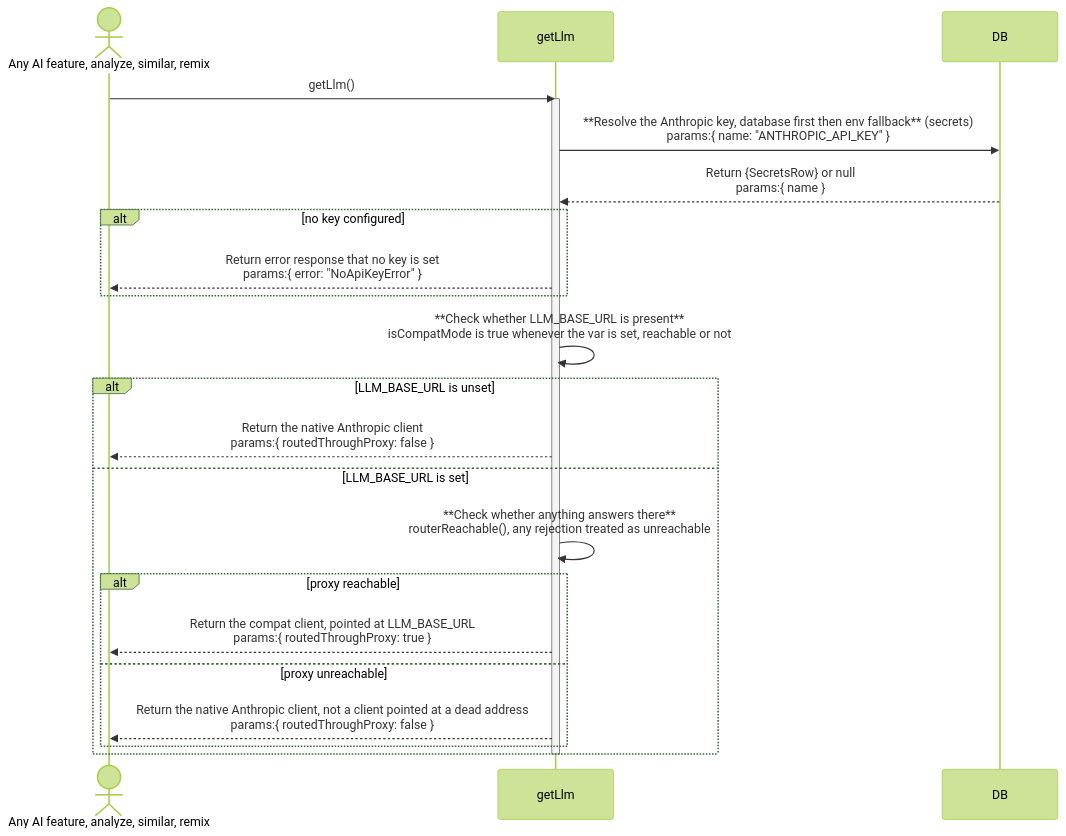
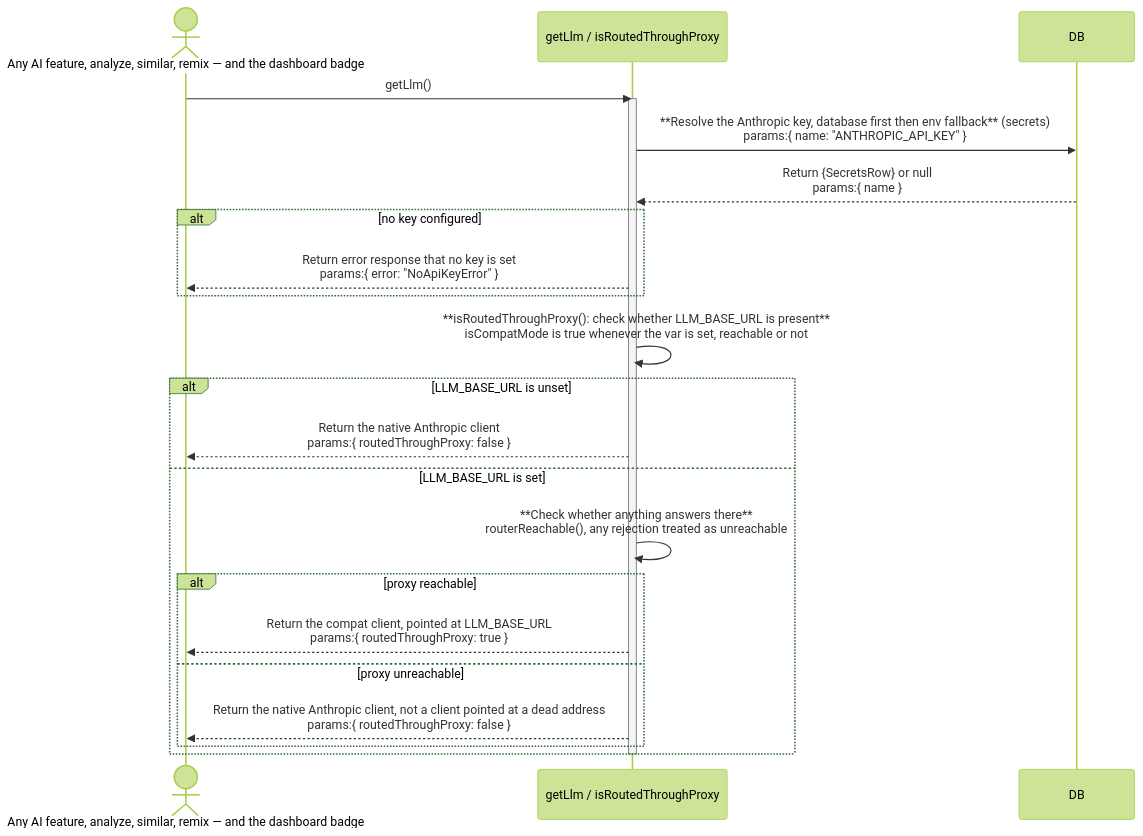
One commit to Kaiships-ai/crowsnest changed the seventh of 7 diagrams in documents/architect/core-components/onboarding/02-architecture.md. Above: the diagram before and after it, drawn with Mermaid (forest theme). The commit also changed other lines of this file and 7 other files, not shown here.

First line of the commit message:
fix(onboarding): make the dashboard AI status badge honest (ENH-2)

````diff
--- a/documents/architect/core-components/onboarding/02-architecture.md
+++ b/documents/architect/core-components/onboarding/02-architecture.md
@@ -240,26 +240,26 @@
 ```mermaid
 sequenceDiagram
-    actor UI as Any AI feature, analyze, similar, remix
-    participant Getllm as getLlm
+    actor UI as Any AI feature, analyze, similar, remix — and the dashboard badge
+    participant Getllm as getLlm / isRoutedThroughProxy
     participant DB
 
     UI->>Getllm: getLlm()
     activate Getllm
     Getllm->>DB: **Resolve the Anthropic key, database first then env fallback** (secrets)<br/>params:{ name: "ANTHROPIC_API_KEY" }
     DB-->>Getllm: Return {SecretsRow} or null<br/>params:{ name }
     alt no key configured
         Getllm-->>UI: Return error response that no key is set<br/>params:{ error: "NoApiKeyError" }
     end
-    Getllm->>Getllm: **Check whether LLM_BASE_URL is present**<br/>isCompatMode is true whenever the var is set, reachable or not
+    Getllm->>Getllm: **isRoutedThroughProxy(): check whether LLM_BASE_URL is present**<br/>isCompatMode is true whenever the var is set, reachable or not
     alt LLM_BASE_URL is unset
         Getllm-->>UI: Return the native Anthropic client<br/>params:{ routedThroughProxy: false }
     else LLM_BASE_URL is set
         Getllm->>Getllm: **Check whether anything answers there**<br/>routerReachable(), any rejection treated as unreachable
         alt proxy reachable
             Getllm-->>UI: Return the compat client, pointed at LLM_BASE_URL<br/>params:{ routedThroughProxy: true }
         else proxy unreachable
             Getllm-->>UI: Return the native Anthropic client, not a client pointed at a dead address<br/>params:{ routedThroughProxy: false }
         end
     end
     deactivate Getllm
 ```
````
